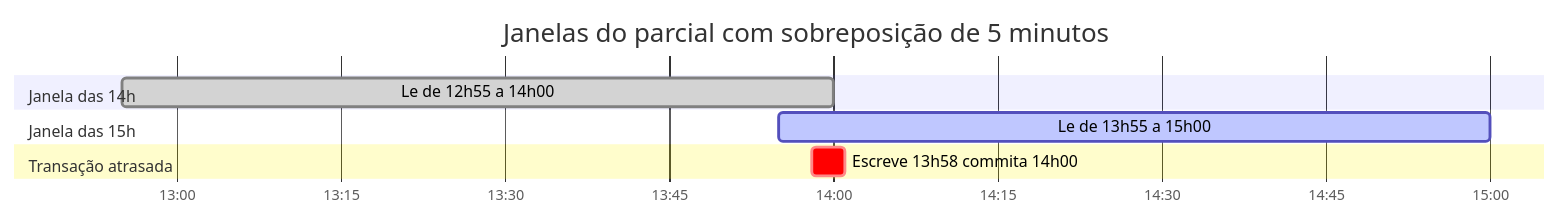
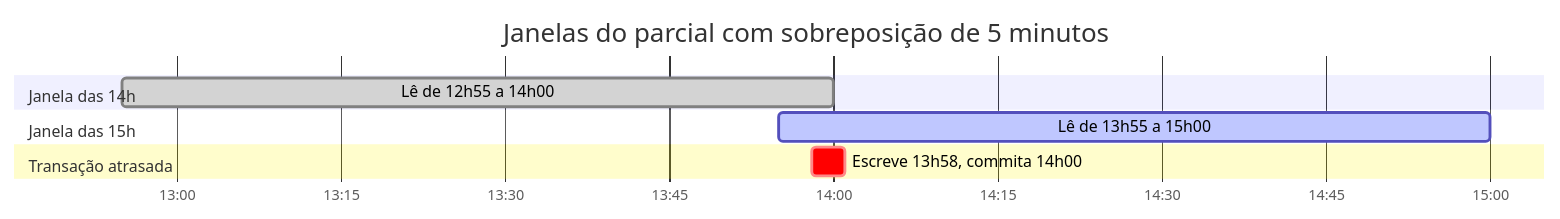
One commit to danielbfr3/sobre_aws changed diagram 12 of 17 in conciliacao-guia-completo.md. Above: the diagram before and after it, drawn with Mermaid. The commit also changed other lines of this file and 9 other files, not shown here.

````diff
--- a/conciliacao-guia-completo.md
+++ b/conciliacao-guia-completo.md
@@ -2952,13 +3243,13 @@
 ```mermaid
 gantt
     title Janelas do parcial com sobreposição de 5 minutos
     dateFormat HH:mm
     axisFormat %H:%M
 
     section Janela das 14h
-    Le de 12h55 a 14h00        :done, j1, 12:55, 65m
+    Lê de 12h55 a 14h00         :done, j1, 12:55, 65m
     section Janela das 15h
-    Le de 13h55 a 15h00        :active, j2, 13:55, 65m
+    Lê de 13h55 a 15h00         :active, j2, 13:55, 65m
     section Transação atrasada
-    Escreve 13h58 commita 14h00 :crit, t1, 13:58, 3m
+    Escreve 13h58, commita 14h00 :crit, t1, 13:58, 3m
 ```
````
